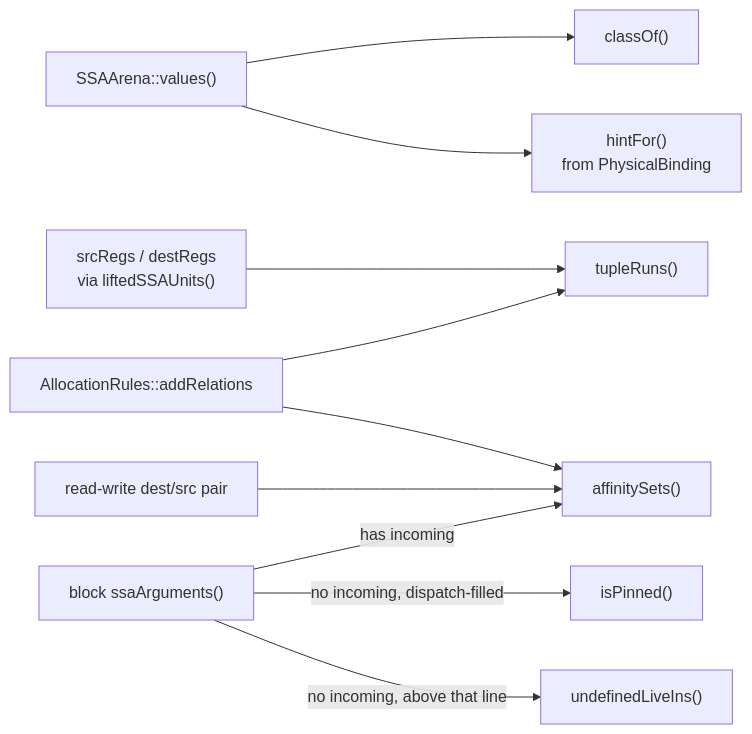
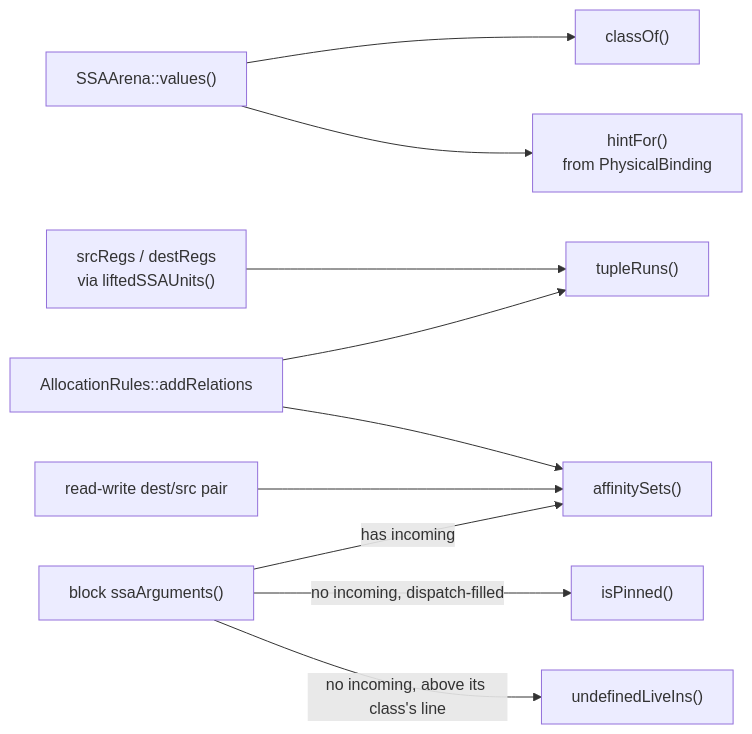
The fourth of 8 diagrams in shared/stinkytofu/docs/developer/register-allocation.md (jaysqvl/rocm-libraries), drawn with Mermaid before and after one commit. The commit also changed other lines of this file and 15 other files, not shown here.

Commit message:
fix(stinkytofu): model packed work-item ID dispatch fill for VGPR live-ins

````diff
--- a/shared/stinkytofu/docs/developer/register-allocation.md
+++ b/shared/stinkytofu/docs/developer/register-allocation.md
@@ -546,12 +547,12 @@
 ```mermaid
 flowchart LR
     Arena["SSAArena::values()"] --> ClassOf["classOf()"]
     Arena --> Hint["hintFor()<br/>from PhysicalBinding"]
     Ops["srcRegs / destRegs<br/>via liftedSSAUnits()"] --> Tuple["tupleRuns()"]
     Args["block ssaArguments()"] -->|has incoming| Aff["affinitySets()"]
     Args -->|"no incoming, dispatch-filled"| Pin["isPinned()"]
-    Args -->|"no incoming, above that line"| Undef["undefinedLiveIns()"]
+    Args -->|"no incoming, above its class's line"| Undef["undefinedLiveIns()"]
     RMW["read-write dest/src pair"] --> Aff
     Rules["AllocationRules::addRelations"] --> Tuple
     Rules --> Aff
 ```
````
